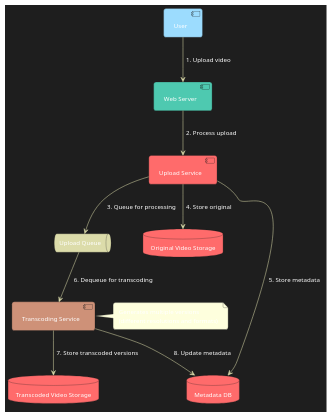
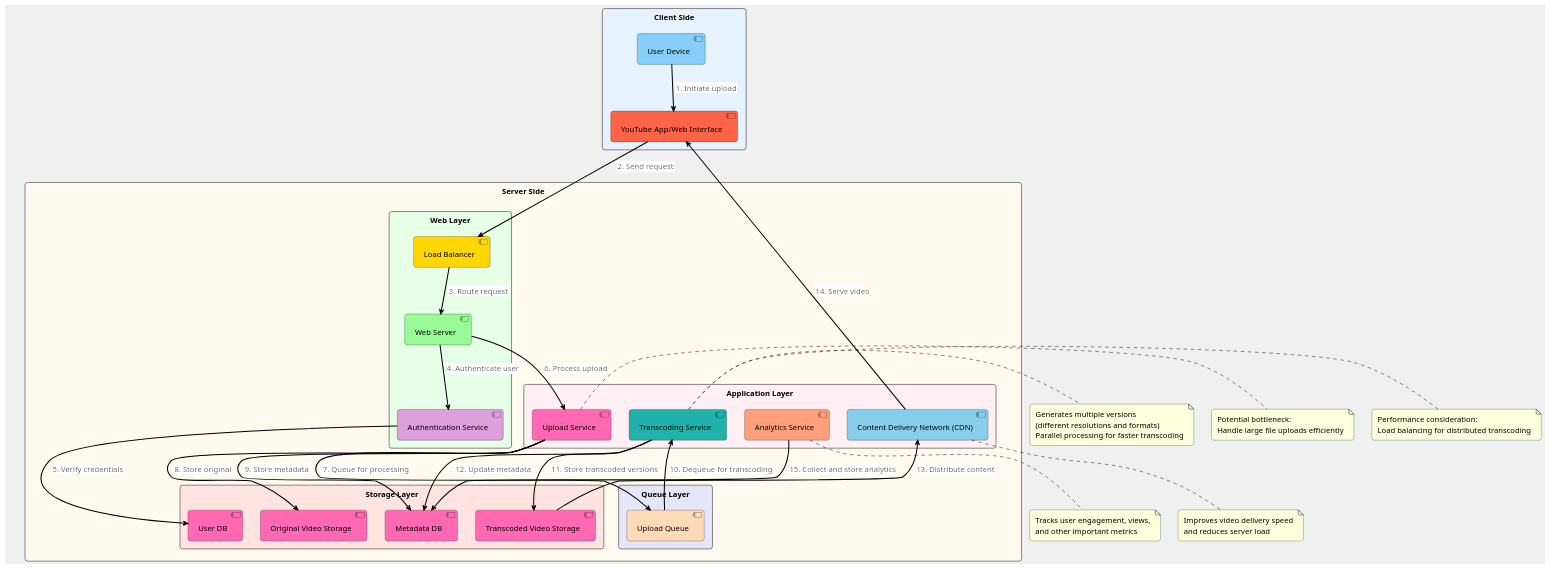
Before and after one commit to huangyingw/system_design: the diagram in youtube_video_upload_and_processing_schema.puml, drawn with PlantUML.

```diff
--- a/youtube_video_upload_and_processing_schema.puml
+++ b/youtube_video_upload_and_processing_schema.puml
@@ -1,39 +1,85 @@
 @startuml YouTube_Video_Upload_Architecture
 
+!pragma layout dot
 allowmixing
 
-' 设置整体主题
-skinparam backgroundColor #1E1E1E
+skinparam backgroundColor #F0F0F0
 skinparam defaultFontName Arial
-skinparam defaultFontSize 12
-skinparam defaultFontColor #FFFFFF
+skinparam defaultFontSize 15
 skinparam padding 5
 skinparam roundCorner 10
 
-' 定义主要组件
-component "User" as user #9CDCFE
-component "Web Server" as webserver #4EC9B0
-component "Upload Service" as uploadservice #FF6B6B
-queue "Upload Queue" as uploadqueue #DCDCAA
-component "Transcoding Service" as transcodingservice #CE9178
-database "Original Video Storage" as originalstorage #FF6B6B
-database "Transcoded Video Storage" as transcodedStorage #FF6B6B
-database "Metadata DB" as metadatadb #FF6B6B
+rectangle "Client Side" as ClientSide #E6F3FF {
+    component "User Device" as UserDevice #87CEFA
+    component "YouTube App/Web Interface" as Frontend #FF6347
+}
 
-' 定义流程
-user -[#DCDCAA]-> webserver : 1. Upload video
-webserver -[#DCDCAA]-> uploadservice : 2. Process upload
-uploadservice -[#DCDCAA]-> uploadqueue : 3. Queue for processing
-uploadservice -[#DCDCAA]-> originalstorage : 4. Store original
-uploadservice -[#DCDCAA]-> metadatadb : 5. Store metadata
-uploadqueue -[#DCDCAA]-> transcodingservice : 6. Dequeue for transcoding
-transcodingservice -[#DCDCAA]-> transcodedStorage : 7. Store transcoded versions
-transcodingservice -[#DCDCAA]-> metadatadb : 8. Update metadata
+rectangle "Server Side" as ServerSide #FFFAF0 {
+    rectangle "Web Layer" as WebLayer #E6FFE6 {
+        component "Load Balancer" as LoadBalancer #FFD700
+        component "Web Server" as WebServer #98FB98
+        component "Authentication Service" as AuthService #DDA0DD
+    }
+    
+    rectangle "Application Layer" as AppLayer #FFF0F5 {
+        component "Upload Service" as UploadService #FF69B4
+        component "Transcoding Service" as TranscodingService #20B2AA
+        component "Content Delivery Network (CDN)" as CDN #87CEEB
+        component "Analytics Service" as AnalyticsService #FFA07A
+    }
+    
+    rectangle "Queue Layer" as QueueLayer #E6E6FA {
+        component "Upload Queue" as UploadQueue #FFDAB9
+    }
+    
+    rectangle "Storage Layer" as StorageLayer #FFE4E1 {
+        component "Original Video Storage" as OriginalStorage #FF69B4
+        component "Transcoded Video Storage" as TranscodedStorage #FF69B4
+        component "Metadata DB" as MetadataDB #FF69B4
+        component "User DB" as UserDB #FF69B4
+    }
+}
 
-' 添加注释
-note right of transcodingservice
+UserDevice -[#000000,thickness=2]-> Frontend : <back:#FFFFFF><color:#000000>1. Initiate upload</color></back>
+Frontend -[#000000,thickness=2]-> LoadBalancer : <back:#FFFFFF><color:#000000>2. Send request</color></back>
+LoadBalancer -[#000000,thickness=2]-> WebServer : <back:#FFFFFF><color:#000000>3. Route request</color></back>
+WebServer -[#000000,thickness=2]-> AuthService : <back:#FFFFFF><color:#000000>4. Authenticate user</color></back>
+AuthService -[#000000,thickness=2]-> UserDB : <back:#FFFFFF><color:#000000>5. Verify credentials</color></back>
+WebServer -[#000000,thickness=2]-> UploadService : <back:#FFFFFF><color:#000000>6. Process upload</color></back>
+UploadService -[#000000,thickness=2]-> UploadQueue : <back:#FFFFFF><color:#000000>7. Queue for processing</color></back>
+UploadService -[#000000,thickness=2]-> OriginalStorage : <back:#FFFFFF><color:#000000>8. Store original</color></back>
+UploadService -[#000000,thickness=2]-> MetadataDB : <back:#FFFFFF><color:#000000>9. Store metadata</color></back>
+UploadQueue -[#000000,thickness=2]-> TranscodingService : <back:#FFFFFF><color:#000000>10. Dequeue for transcoding</color></back>
+TranscodingService -[#000000,thickness=2]-> TranscodedStorage : <back:#FFFFFF><color:#000000>11. Store transcoded versions</color></back>
+TranscodingService -[#000000,thickness=2]-> MetadataDB : <back:#FFFFFF><color:#000000>12. Update metadata</color></back>
+TranscodedStorage -[#000000,thickness=2]-> CDN : <back:#FFFFFF><color:#000000>13. Distribute content</color></back>
+CDN -[#000000,thickness=2]-> Frontend : <back:#FFFFFF><color:#000000>14. Serve video</color></back>
+AnalyticsService -[#000000,thickness=2]-> MetadataDB : <back:#FFFFFF><color:#000000>15. Collect and store analytics</color></back>
+
+note right of TranscodingService
   Generates multiple versions
   (different resolutions and formats)
+  Parallel processing for faster transcoding
+end note
+
+note bottom of CDN
+  Improves video delivery speed
+  and reduces server load
+end note
+
+note bottom of AnalyticsService
+  Tracks user engagement, views,
+  and other important metrics
+end note
+
+note right of UploadService
+  Potential bottleneck:
+  Handle large file uploads efficiently
+end note
+
+note left of TranscodingService
+  Performance consideration:
+  Load balancing for distributed transcoding
 end note
 
 @enduml
```
